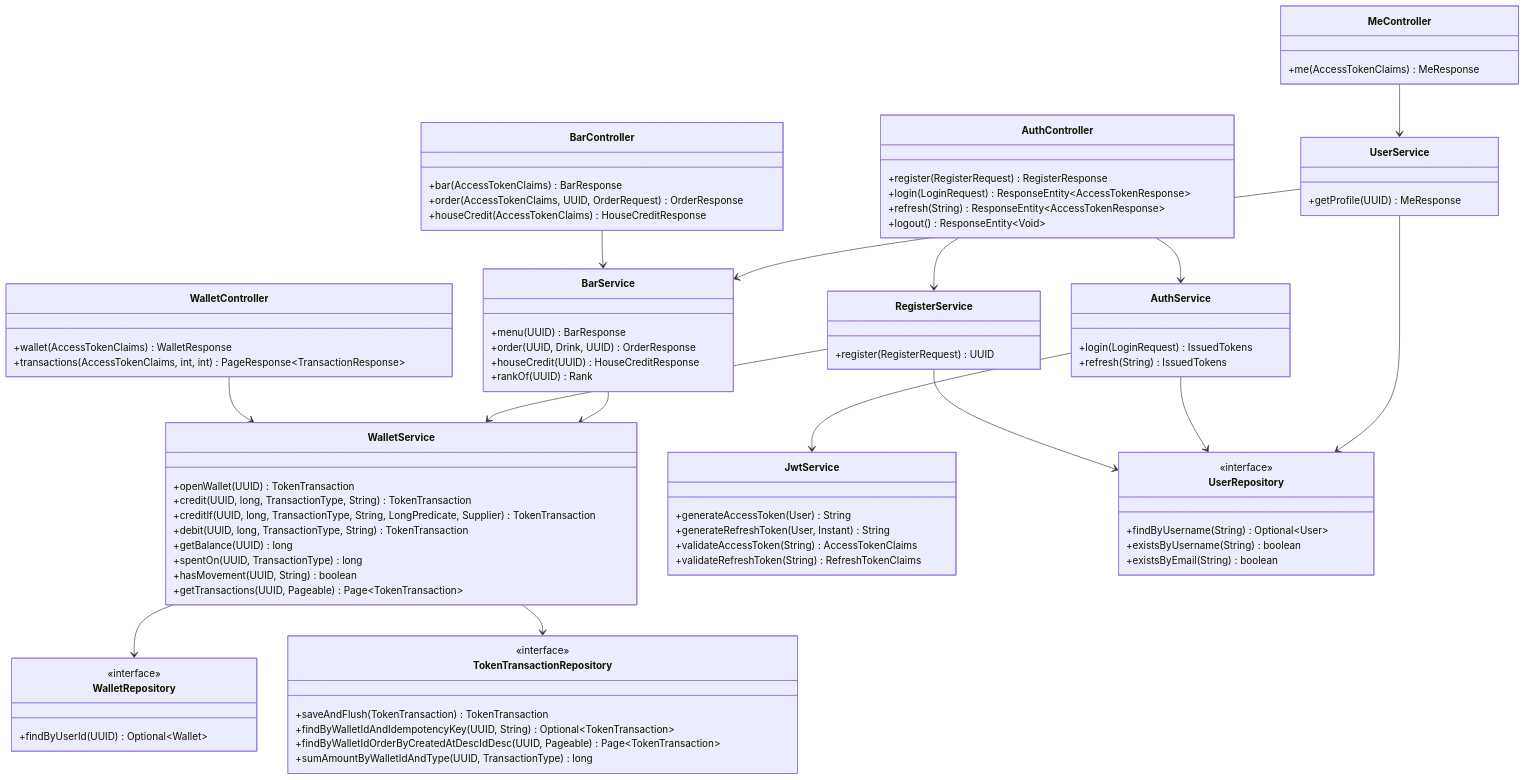
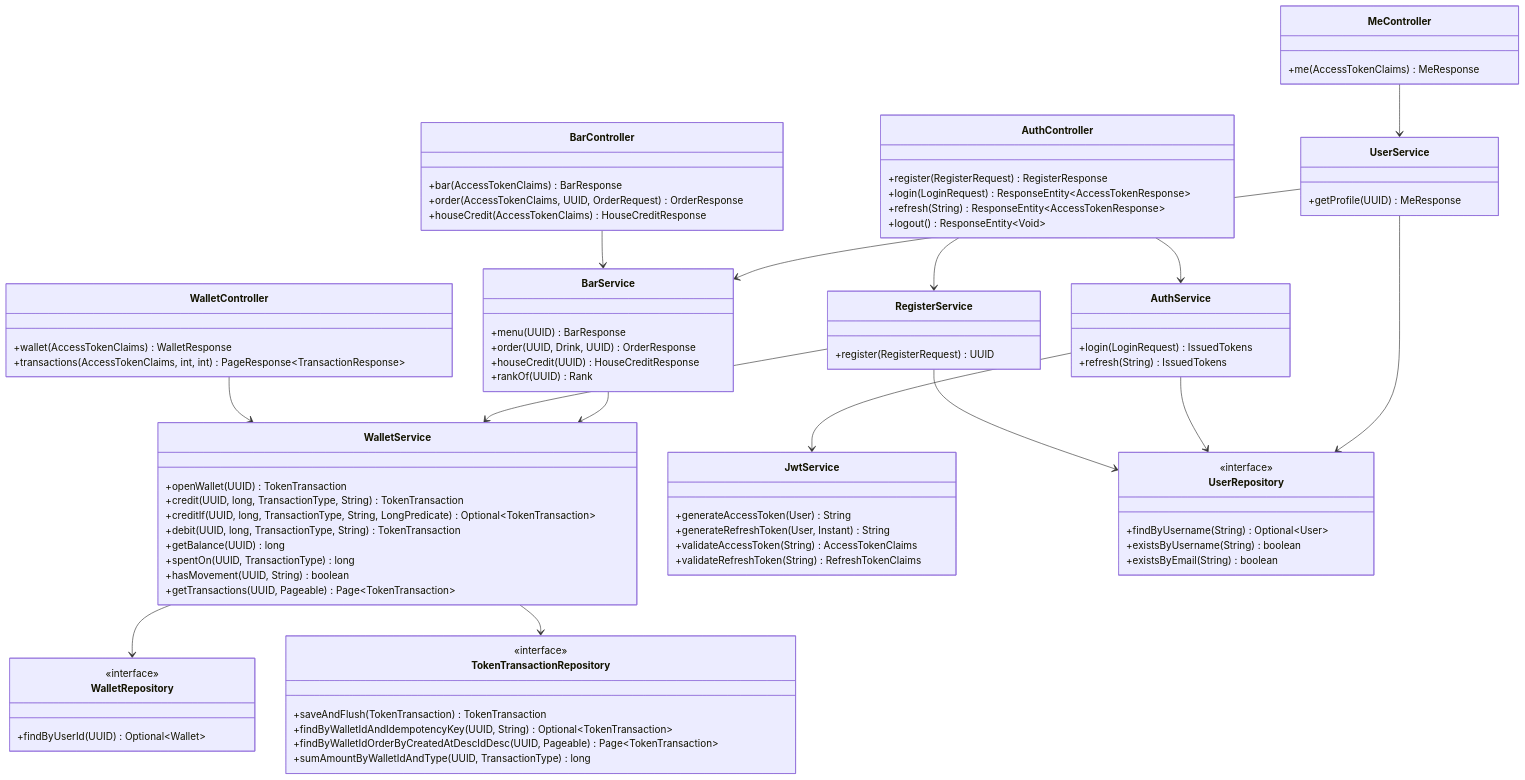
The third of 5 diagrams in docs/diagramas.md (iulian640/iulianlounge-backend), drawn with Mermaid before and after one commit. The commit also changed other lines of this file and 4 other files, not shown here.

First line of the commit message:
refactor(wallet): creditIf returns an Optional instead of taking a refusal IUL-65

```diff
--- a/docs/diagramas.md
+++ b/docs/diagramas.md
@@ -256,7 +256,7 @@
     class WalletService {
         +openWallet(UUID) TokenTransaction
         +credit(UUID, long, TransactionType, String) TokenTransaction
-        +creditIf(UUID, long, TransactionType, String, LongPredicate, Supplier) TokenTransaction
+        +creditIf(UUID, long, TransactionType, String, LongPredicate) Optional~TokenTransaction~
         +debit(UUID, long, TransactionType, String) TokenTransaction
         +getBalance(UUID) long
         +spentOn(UUID, TransactionType) long
```
